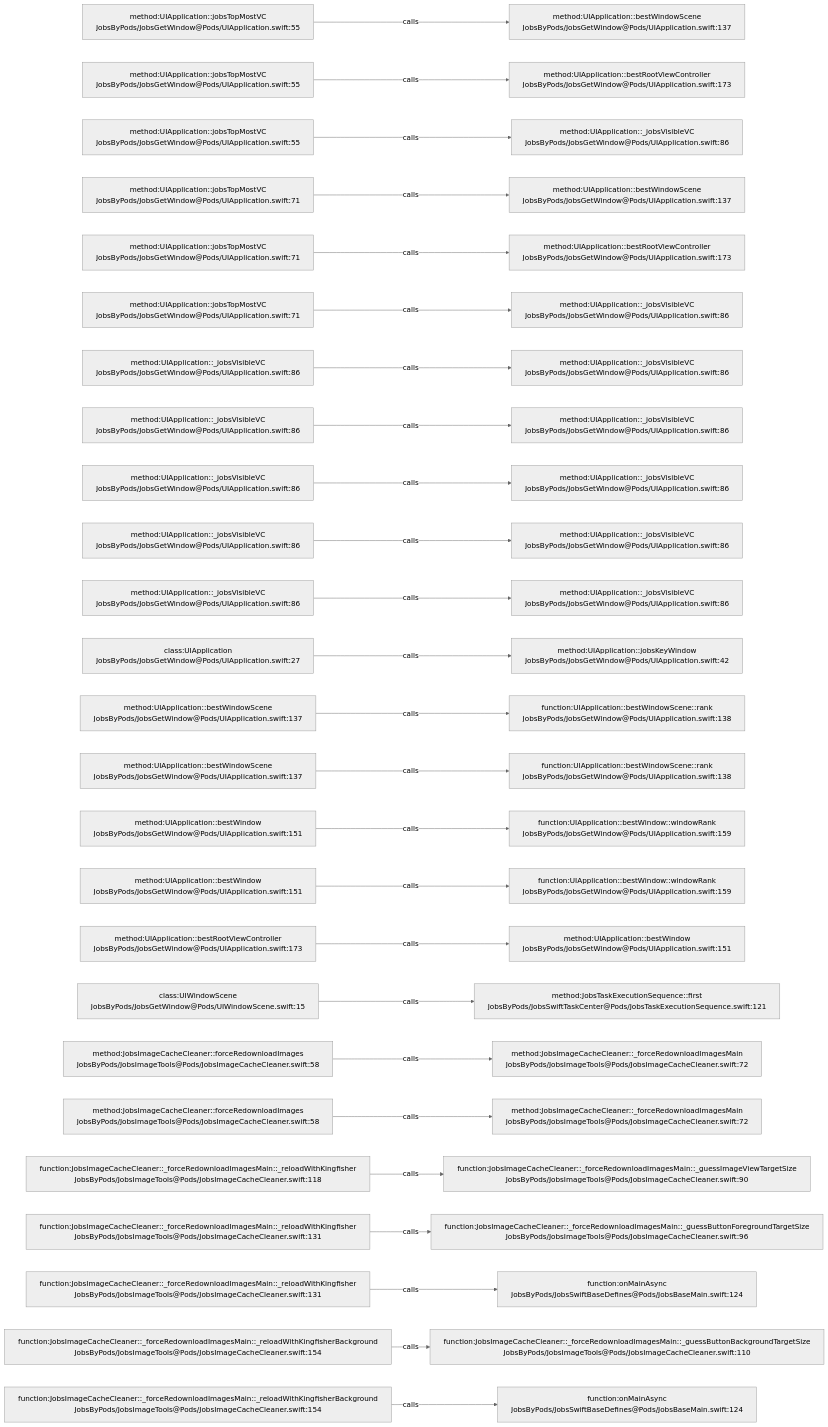
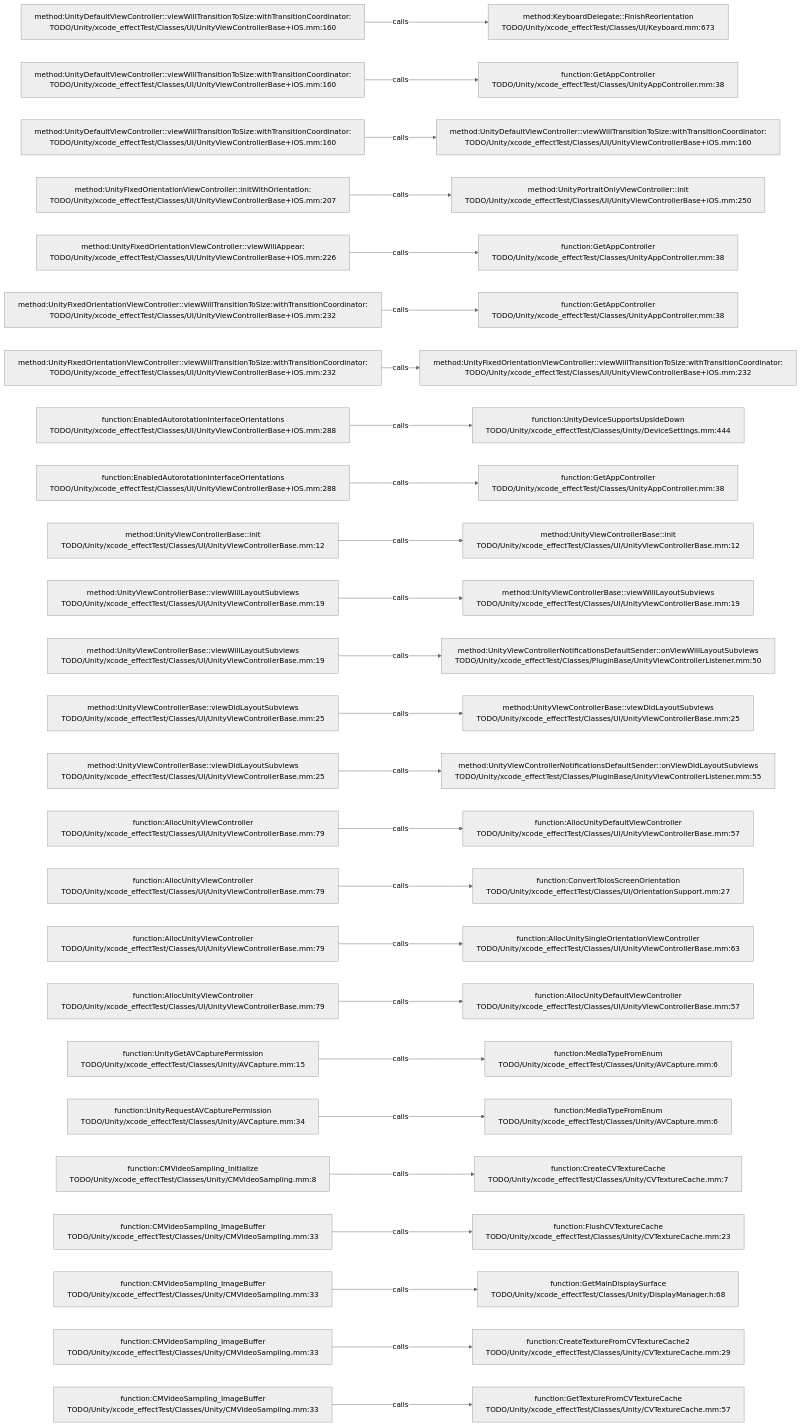
One commit to JobsKits/JobsSwiftBaseConfigDemo changed the diagram in .codegraph/codegraph.md/graphs/calls-032.md. Above: the diagram before and after it, drawn with Mermaid (neutral theme). The commit also changed 227 other files, not shown here.

````diff
--- a/.codegraph/codegraph.md/graphs/calls-032.md
+++ b/.codegraph/codegraph.md/graphs/calls-032.md
@@ -13,78 +13,78 @@
 ```mermaid
 flowchart LR
-  S1["method:UIApplication::jobsTopMostVC<br/>JobsByPods/JobsGetWindow@Pods/UIApplication.swift:55"]
-  T1["method:UIApplication::bestWindowScene<br/>JobsByPods/JobsGetWindow@Pods/UIApplication.swift:137"]
+  S1["method:UnityDefaultViewController::viewWillTransitionToSize:withTransitionCoordinator:<br/>TODO/Unity/xcode_effectTest/Classes/UI/UnityViewControllerBase+iOS.mm:160"]
+  T1["method:KeyboardDelegate::FinishReorientation<br/>TODO/Unity/xcode_effectTest/Classes/UI/Keyboard.mm:673"]
   S1 -->|calls| T1
-  S2["method:UIApplication::jobsTopMostVC<br/>JobsByPods/JobsGetWindow@Pods/UIApplication.swift:55"]
-  T2["method:UIApplication::bestRootViewController<br/>JobsByPods/JobsGetWindow@Pods/UIApplication.swift:173"]
+  S2["method:UnityDefaultViewController::viewWillTransitionToSize:withTransitionCoordinator:<br/>TODO/Unity/xcode_effectTest/Classes/UI/UnityViewControllerBase+iOS.mm:160"]
+  T2["function:GetAppController<br/>TODO/Unity/xcode_effectTest/Classes/UnityAppController.mm:38"]
   S2 -->|calls| T2
-  S3["method:UIApplication::jobsTopMostVC<br/>JobsByPods/JobsGetWindow@Pods/UIApplication.swift:55"]
-  T3["method:UIApplication::_jobsVisibleVC<br/>JobsByPods/JobsGetWindow@Pods/UIApplication.swift:86"]
+  S3["method:UnityDefaultViewController::viewWillTransitionToSize:withTransitionCoordinator:<br/>TODO/Unity/xcode_effectTest/Classes/UI/UnityViewControllerBase+iOS.mm:160"]
+  T3["method:UnityDefaultViewController::viewWillTransitionToSize:withTransitionCoordinator:<br/>TODO/Unity/xcode_effectTest/Classes/UI/UnityViewControllerBase+iOS.mm:160"]
   S3 -->|calls| T3
-  S4["method:UIApplication::jobsTopMostVC<br/>JobsByPods/JobsGetWindow@Pods/UIApplication.swift:71"]
-  T4["method:UIApplication::bestWindowScene<br/>JobsByPods/JobsGetWindow@Pods/UIApplication.swift:137"]
+  S4["method:UnityFixedOrientationViewController::initWithOrientation:<br/>TODO/Unity/xcode_effectTest/Classes/UI/UnityViewControllerBase+iOS.mm:207"]
+  T4["method:UnityPortraitOnlyViewController::init<br/>TODO/Unity/xcode_effectTest/Classes/UI/UnityViewControllerBase+iOS.mm:250"]
   S4 -->|calls| T4
-  S5["method:UIApplication::jobsTopMostVC<br/>JobsByPods/JobsGetWindow@Pods/UIApplication.swift:71"]
-  T5["method:UIApplication::bestRootViewController<br/>JobsByPods/JobsGetWindow@Pods/UIApplication.swift:173"]
+  S5["method:UnityFixedOrientationViewController::viewWillAppear:<br/>TODO/Unity/xcode_effectTest/Classes/UI/UnityViewControllerBase+iOS.mm:226"]
+  T5["function:GetAppController<br/>TODO/Unity/xcode_effectTest/Classes/UnityAppController.mm:38"]
   S5 -->|calls| T5
-  S6["method:UIApplication::jobsTopMostVC<br/>JobsByPods/JobsGetWindow@Pods/UIApplication.swift:71"]
-  T6["method:UIApplication::_jobsVisibleVC<br/>JobsByPods/JobsGetWindow@Pods/UIApplication.swift:86"]
+  S6["method:UnityFixedOrientationViewController::viewWillTransitionToSize:withTransitionCoordinator:<br/>TODO/Unity/xcode_effectTest/Classes/UI/UnityViewControllerBase+iOS.mm:232"]
+  T6["function:GetAppController<br/>TODO/Unity/xcode_effectTest/Classes/UnityAppController.mm:38"]
   S6 -->|calls| T6
-  S7["method:UIApplication::_jobsVisibleVC<br/>JobsByPods/JobsGetWindow@Pods/UIApplication.swift:86"]
-  T7["method:UIApplication::_jobsVisibleVC<br/>JobsByPods/JobsGetWindow@Pods/UIApplication.swift:86"]
+  S7["method:UnityFixedOrientationViewController::viewWillTransitionToSize:withTransitionCoordinator:<br/>TODO/Unity/xcode_effectTest/Classes/UI/UnityViewControllerBase+iOS.mm:232"]
+  T7["method:UnityFixedOrientationViewController::viewWillTransitionToSize:withTransitionCoordinator:<br/>TODO/Unity/xcode_effectTest/Classes/UI/UnityViewControllerBase+iOS.mm:232"]
   S7 -->|calls| T7
-  S8["method:UIApplication::_jobsVisibleVC<br/>JobsByPods/JobsGetWindow@Pods/UIApplication.swift:86"]
-  T8["method:UIApplication::_jobsVisibleVC<br/>JobsByPods/JobsGetWindow@Pods/UIApplication.swift:86"]
+  S8["function:EnabledAutorotationInterfaceOrientations<br/>TODO/Unity/xcode_effectTest/Classes/UI/UnityViewControllerBase+iOS.mm:288"]
+  T8["function:UnityDeviceSupportsUpsideDown<br/>TODO/Unity/xcode_effectTest/Classes/Unity/DeviceSettings.mm:444"]
   S8 -->|calls| T8
-  S9["method:UIApplication::_jobsVisibleVC<br/>JobsByPods/JobsGetWindow@Pods/UIApplication.swift:86"]
-  T9["method:UIApplication::_jobsVisibleVC<br/>JobsByPods/JobsGetWindow@Pods/UIApplication.swift:86"]
+  S9["function:EnabledAutorotationInterfaceOrientations<br/>TODO/Unity/xcode_effectTest/Classes/UI/UnityViewControllerBase+iOS.mm:288"]
+  T9["function:GetAppController<br/>TODO/Unity/xcode_effectTest/Classes/UnityAppController.mm:38"]
   S9 -->|calls| T9
-  S10["method:UIApplication::_jobsVisibleVC<br/>JobsByPods/JobsGetWindow@Pods/UIApplication.swift:86"]
-  T10["method:UIApplication::_jobsVisibleVC<br/>JobsByPods/JobsGetWindow@Pods/UIApplication.swift:86"]
+  S10["method:UnityViewControllerBase::init<br/>TODO/Unity/xcode_effectTest/Classes/UI/UnityViewControllerBase.mm:12"]
+  T10["method:UnityViewControllerBase::init<br/>TODO/Unity/xcode_effectTest/Classes/UI/UnityViewControllerBase.mm:12"]
   S10 -->|calls| T10
-  S11["method:UIApplication::_jobsVisibleVC<br/>JobsByPods/JobsGetWindow@Pods/UIApplication.swift:86"]
-  T11["method:UIApplication::_jobsVisibleVC<br/>JobsByPods/JobsGetWindow@Pods/UIApplication.swift:86"]
+  S11["method:UnityViewControllerBase::viewWillLayoutSubviews<br/>TODO/Unity/xcode_effectTest/Classes/UI/UnityViewControllerBase.mm:19"]
+  T11["method:UnityViewControllerBase::viewWillLayoutSubviews<br/>TODO/Unity/xcode_effectTest/Classes/UI/UnityViewControllerBase.mm:19"]
   S11 -->|calls| T11
-  S12["class:UIApplication<br/>JobsByPods/JobsGetWindow@Pods/UIApplication.swift:27"]
-  T12["method:UIApplication::jobsKeyWindow<br/>JobsByPods/JobsGetWindow@Pods/UIApplication.swift:42"]
+  S12["method:UnityViewControllerBase::viewWillLayoutSubviews<br/>TODO/Unity/xcode_effectTest/Classes/UI/UnityViewControllerBase.mm:19"]
+  T12["method:UnityViewControllerNotificationsDefaultSender::onViewWillLayoutSubviews<br/>TODO/Unity/xcode_effectTest/Classes/PluginBase/UnityViewControllerListener.mm:50"]
   S12 -->|calls| T12
-  S13["method:UIApplication::bestWindowScene<br/>JobsByPods/JobsGetWindow@Pods/UIApplication.swift:137"]
-  T13["function:UIApplication::bestWindowScene::rank<br/>JobsByPods/JobsGetWindow@Pods/UIApplication.swift:138"]
+  S13["method:UnityViewControllerBase::viewDidLayoutSubviews<br/>TODO/Unity/xcode_effectTest/Classes/UI/UnityViewControllerBase.mm:25"]
+  T13["method:UnityViewControllerBase::viewDidLayoutSubviews<br/>TODO/Unity/xcode_effectTest/Classes/UI/UnityViewControllerBase.mm:25"]
   S13 -->|calls| T13
-  S14["method:UIApplication::bestWindowScene<br/>JobsByPods/JobsGetWindow@Pods/UIApplication.swift:137"]
-  T14["function:UIApplication::bestWindowScene::rank<br/>JobsByPods/JobsGetWindow@Pods/UIApplication.swift:138"]
+  S14["method:UnityViewControllerBase::viewDidLayoutSubviews<br/>TODO/Unity/xcode_effectTest/Classes/UI/UnityViewControllerBase.mm:25"]
+  T14["method:UnityViewControllerNotificationsDefaultSender::onViewDidLayoutSubviews<br/>TODO/Unity/xcode_effectTest/Classes/PluginBase/UnityViewControllerListener.mm:55"]
   S14 -->|calls| T14
-  S15["method:UIApplication::bestWindow<br/>JobsByPods/JobsGetWindow@Pods/UIApplication.swift:151"]
-  T15["function:UIApplication::bestWindow::windowRank<br/>JobsByPods/JobsGetWindow@Pods/UIApplication.swift:159"]
+  S15["function:AllocUnityViewController<br/>TODO/Unity/xcode_effectTest/Classes/UI/UnityViewControllerBase.mm:79"]
+  T15["function:AllocUnityDefaultViewController<br/>TODO/Unity/xcode_effectTest/Classes/UI/UnityViewControllerBase.mm:57"]
   S15 -->|calls| T15
-  S16["method:UIApplication::bestWindow<br/>JobsByPods/JobsGetWindow@Pods/UIApplication.swift:151"]
-  T16["function:UIApplication::bestWindow::windowRank<br/>JobsByPods/JobsGetWindow@Pods/UIApplication.swift:159"]
+  S16["function:AllocUnityViewController<br/>TODO/Unity/xcode_effectTest/Classes/UI/UnityViewControllerBase.mm:79"]
+  T16["function:ConvertToIosScreenOrientation<br/>TODO/Unity/xcode_effectTest/Classes/UI/OrientationSupport.mm:27"]
   S16 -->|calls| T16
-  S17["method:UIApplication::bestRootViewController<br/>JobsByPods/JobsGetWindow@Pods/UIApplication.swift:173"]
-  T17["method:UIApplication::bestWindow<br/>JobsByPods/JobsGetWindow@Pods/UIApplication.swift:151"]
+  S17["function:AllocUnityViewController<br/>TODO/Unity/xcode_effectTest/Classes/UI/UnityViewControllerBase.mm:79"]
+  T17["function:AllocUnitySingleOrientationViewController<br/>TODO/Unity/xcode_effectTest/Classes/UI/UnityViewControllerBase.mm:63"]
   S17 -->|calls| T17
-  S18["class:UIWindowScene<br/>JobsByPods/JobsGetWindow@Pods/UIWindowScene.swift:15"]
-  T18["method:JobsTaskExecutionSequence::first<br/>JobsByPods/JobsSwiftTaskCenter@Pods/JobsTaskExecutionSequence.swift:121"]
+  S18["function:AllocUnityViewController<br/>TODO/Unity/xcode_effectTest/Classes/UI/UnityViewControllerBase.mm:79"]
+  T18["function:AllocUnityDefaultViewController<br/>TODO/Unity/xcode_effectTest/Classes/UI/UnityViewControllerBase.mm:57"]
   S18 -->|calls| T18
-  S19["method:JobsImageCacheCleaner::forceRedownloadImages<br/>JobsByPods/JobsImageTools@Pods/JobsImageCacheCleaner.swift:58"]
-  T19["method:JobsImageCacheCleaner::_forceRedownloadImagesMain<br/>JobsByPods/JobsImageTools@Pods/JobsImageCacheCleaner.swift:72"]
+  S19["function:UnityGetAVCapturePermission<br/>TODO/Unity/xcode_effectTest/Classes/Unity/AVCapture.mm:15"]
+  T19["function:MediaTypeFromEnum<br/>TODO/Unity/xcode_effectTest/Classes/Unity/AVCapture.mm:6"]
   S19 -->|calls| T19
-  S20["method:JobsImageCacheCleaner::forceRedownloadImages<br/>JobsByPods/JobsImageTools@Pods/JobsImageCacheCleaner.swift:58"]
-  T20["method:JobsImageCacheCleaner::_forceRedownloadImagesMain<br/>JobsByPods/JobsImageTools@Pods/JobsImageCacheCleaner.swift:72"]
+  S20["function:UnityRequestAVCapturePermission<br/>TODO/Unity/xcode_effectTest/Classes/Unity/AVCapture.mm:34"]
+  T20["function:MediaTypeFromEnum<br/>TODO/Unity/xcode_effectTest/Classes/Unity/AVCapture.mm:6"]
   S20 -->|calls| T20
-  S21["function:JobsImageCacheCleaner::_forceRedownloadImagesMain::_reloadWithKingfisher<br/>JobsByPods/JobsImageTools@Pods/JobsImageCacheCleaner.swift:118"]
-  T21["function:JobsImageCacheCleaner::_forceRedownloadImagesMain::_guessImageViewTargetSize<br/>JobsByPods/JobsImageTools@Pods/JobsImageCacheCleaner.swift:90"]
+  S21["function:CMVideoSampling_Initialize<br/>TODO/Unity/xcode_effectTest/Classes/Unity/CMVideoSampling.mm:8"]
+  T21["function:CreateCVTextureCache<br/>TODO/Unity/xcode_effectTest/Classes/Unity/CVTextureCache.mm:7"]
   S21 -->|calls| T21
-  S22["function:JobsImageCacheCleaner::_forceRedownloadImagesMain::_reloadWithKingfisher<br/>JobsByPods/JobsImageTools@Pods/JobsImageCacheCleaner.swift:131"]
-  T22["function:JobsImageCacheCleaner::_forceRedownloadImagesMain::_guessButtonForegroundTargetSize<br/>JobsByPods/JobsImageTools@Pods/JobsImageCacheCleaner.swift:96"]
+  S22["function:CMVideoSampling_ImageBuffer<br/>TODO/Unity/xcode_effectTest/Classes/Unity/CMVideoSampling.mm:33"]
+  T22["function:FlushCVTextureCache<br/>TODO/Unity/xcode_effectTest/Classes/Unity/CVTextureCache.mm:23"]
   S22 -->|calls| T22
-  S23["function:JobsImageCacheCleaner::_forceRedownloadImagesMain::_reloadWithKingfisher<br/>JobsByPods/JobsImageTools@Pods/JobsImageCacheCleaner.swift:131"]
-  T23["function:onMainAsync<br/>JobsByPods/JobsSwiftBaseDefines@Pods/JobsBaseMain.swift:124"]
+  S23["function:CMVideoSampling_ImageBuffer<br/>TODO/Unity/xcode_effectTest/Classes/Unity/CMVideoSampling.mm:33"]
+  T23["function:GetMainDisplaySurface<br/>TODO/Unity/xcode_effectTest/Classes/Unity/DisplayManager.h:68"]
   S23 -->|calls| T23
-  S24["function:JobsImageCacheCleaner::_forceRedownloadImagesMain::_reloadWithKingfisherBackground<br/>JobsByPods/JobsImageTools@Pods/JobsImageCacheCleaner.swift:154"]
-  T24["function:JobsImageCacheCleaner::_forceRedownloadImagesMain::_guessButtonBackgroundTargetSize<br/>JobsByPods/JobsImageTools@Pods/JobsImageCacheCleaner.swift:110"]
+  S24["function:CMVideoSampling_ImageBuffer<br/>TODO/Unity/xcode_effectTest/Classes/Unity/CMVideoSampling.mm:33"]
+  T24["function:CreateTextureFromCVTextureCache2<br/>TODO/Unity/xcode_effectTest/Classes/Unity/CVTextureCache.mm:29"]
   S24 -->|calls| T24
-  S25["function:JobsImageCacheCleaner::_forceRedownloadImagesMain::_reloadWithKingfisherBackground<br/>JobsByPods/JobsImageTools@Pods/JobsImageCacheCleaner.swift:154"]
-  T25["function:onMainAsync<br/>JobsByPods/JobsSwiftBaseDefines@Pods/JobsBaseMain.swift:124"]
+  S25["function:CMVideoSampling_ImageBuffer<br/>TODO/Unity/xcode_effectTest/Classes/Unity/CMVideoSampling.mm:33"]
+  T25["function:GetTextureFromCVTextureCache<br/>TODO/Unity/xcode_effectTest/Classes/Unity/CVTextureCache.mm:57"]
   S25 -->|calls| T25
 ```
````
